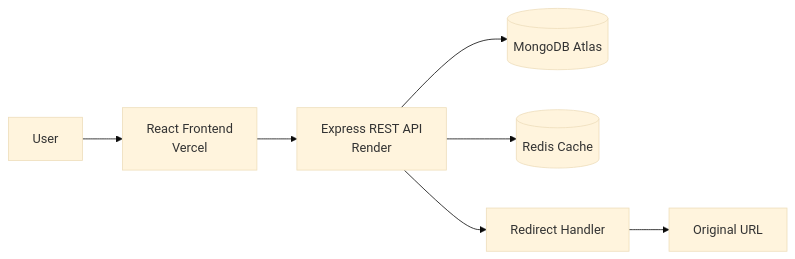
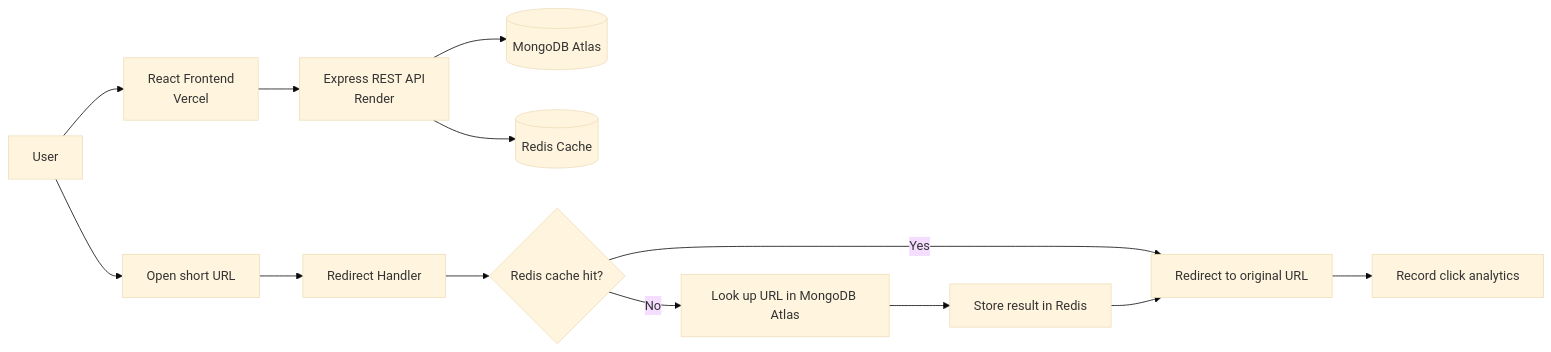
Before and after one commit to kkkalpana/linkflow-url-shortener: the diagram in README.md, drawn with Mermaid (base theme). The commit also changed other lines of this file, not shown here.

Commit message:
docs: clarify redirect cache flow

````diff
--- a/README.md
+++ b/README.md
@@ -30,9 +30,16 @@
 ```mermaid
 flowchart LR
 	User --> Frontend[React Frontend<br/>Vercel]
 	Frontend --> API[Express REST API<br/>Render]
 	API --> MongoDB[(MongoDB Atlas)]
 	API --> Redis[(Redis Cache)]
-	API --> Redirect[Redirect Handler]
-	Redirect --> Destination[Original URL]
+
+	User --> ShortLink[Open short URL]
+	ShortLink --> Redirect[Redirect Handler]
+	Redirect --> CacheCheck{Redis cache hit?}
+	CacheCheck -->|Yes| Destination[Redirect to original URL]
+	CacheCheck -->|No| MongoLookup[Look up URL in MongoDB Atlas]
+	MongoLookup --> CacheStore[Store result in Redis]
+	CacheStore --> Destination
+	Destination --> Analytics[Record click analytics]
 ```
````
